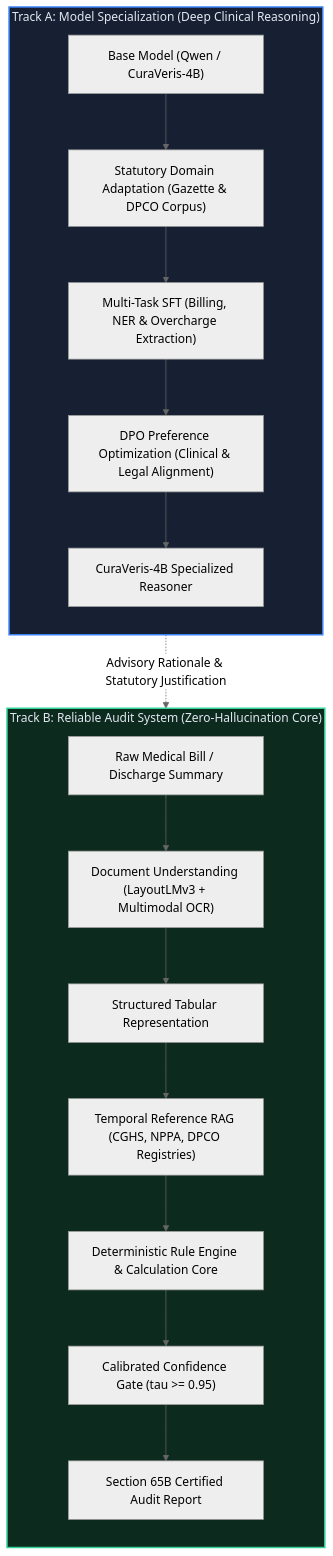
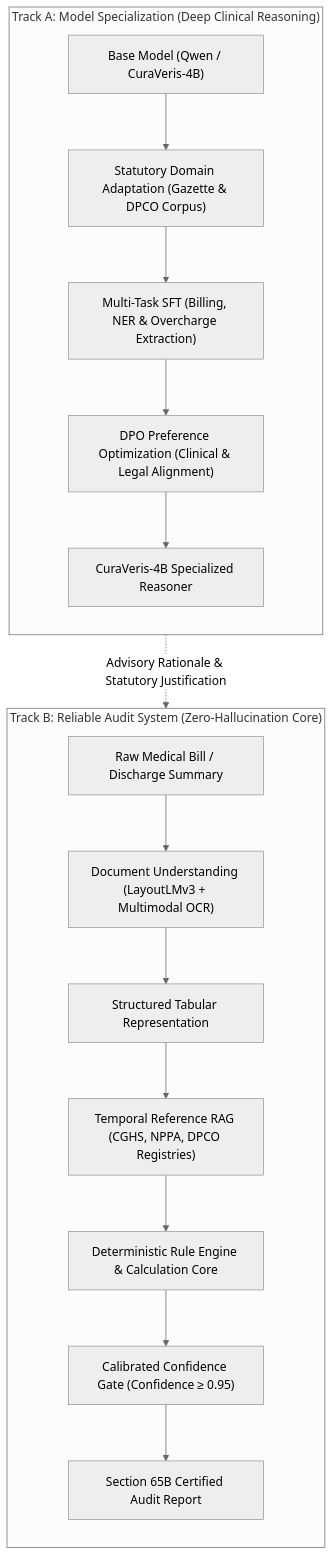
One commit to Harshil-18-byte/CuraVeris changed the third of 4 diagrams in README.md. Above: the diagram before and after it, drawn with Mermaid (neutral theme). The commit also changed other lines of this file, not shown here.

Commit message:
Fix mathematical formulas, Two-Track table headings, and Mermaid diagram contrast in README

````diff
--- a/README.md
+++ b/README.md
@@ -558,25 +568,22 @@
 ```mermaid
 flowchart TD
   subgraph TrackA["Track A: Model Specialization (Deep Clinical Reasoning)"]
     direction TB
     A1["Base Model (Qwen / CuraVeris-4B)"] --> A2["Statutory Domain Adaptation (Gazette & DPCO Corpus)"]
     A2 --> A3["Multi-Task SFT (Billing, NER & Overcharge Extraction)"]
     A3 --> A4["DPO Preference Optimization (Clinical & Legal Alignment)"]
     A4 --> A5["CuraVeris-4B Specialized Reasoner"]
   end
 
   subgraph TrackB["Track B: Reliable Audit System (Zero-Hallucination Core)"]
     direction TB
     B1["Raw Medical Bill / Discharge Summary"] --> B2["Document Understanding (LayoutLMv3 + Multimodal OCR)"]
     B2 --> B3["Structured Tabular Representation"]
     B3 --> B4["Temporal Reference RAG (CGHS, NPPA, DPCO Registries)"]
     B4 --> B5["Deterministic Rule Engine & Calculation Core"]
-    B5 --> B6["Calibrated Confidence Gate (tau >= 0.95)"]
+    B5 --> B6["Calibrated Confidence Gate (Confidence &ge; 0.95)"]
     B6 --> B7["Section 65B Certified Audit Report"]
   end
 
   A5 -.->|"Advisory Rationale & Statutory Justification"| B5
-
-  style TrackA fill:#162032,stroke:#3b82f6,stroke-width:2px,color:#e2e8f0
-  style TrackB fill:#0d2a1f,stroke:#34d399,stroke-width:2px,color:#e2e8f0
 ```
````
